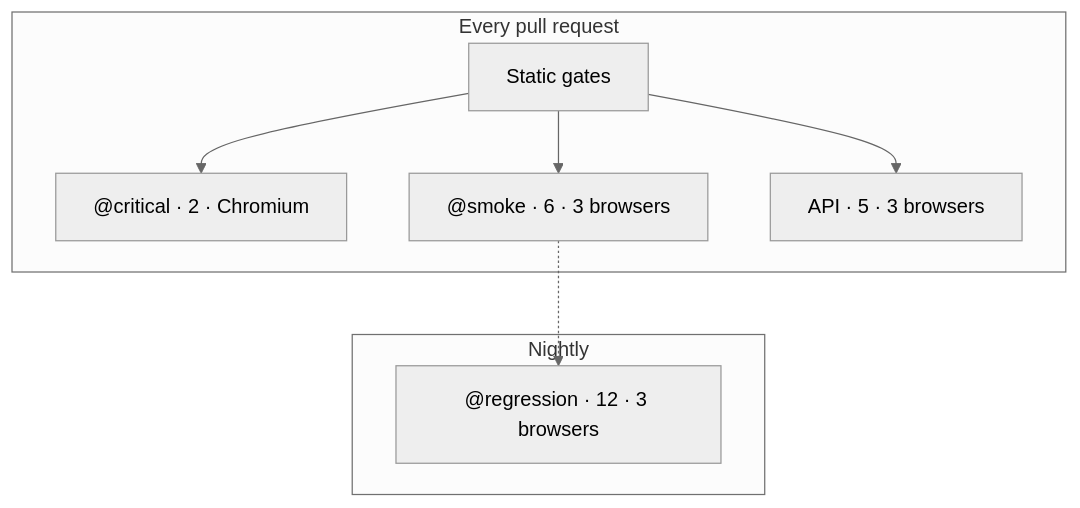
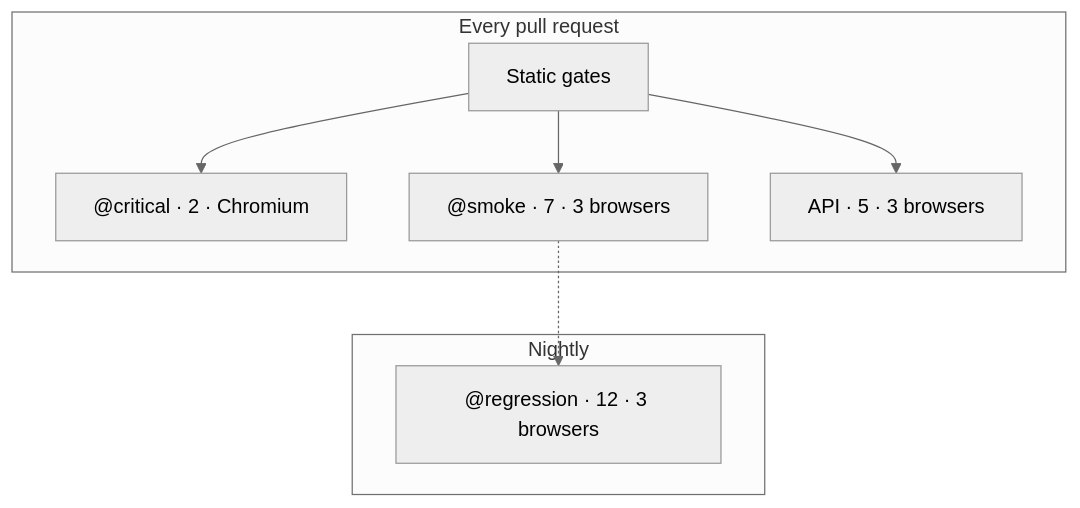
The diagram in README.md (AKogut/playwright-ecommerce-framework), drawn with Mermaid (neutral theme) before and after one commit. The commit also changed other lines of this file and 14 other files, not shown here.

````diff
--- a/README.md
+++ b/README.md
@@ -32,14 +38,14 @@
 ```mermaid
 flowchart TB
     subgraph pr["Every pull request"]
         ST[Static gates]
         CR["@critical · 2 · Chromium"]
-        SM["@smoke · 6 · 3 browsers"]
+        SM["@smoke · 7 · 3 browsers"]
         API["API · 5 · 3 browsers"]
     end
     subgraph night["Nightly"]
         RG["@regression · 12 · 3 browsers"]
     end
     ST --> CR & SM & API
     SM -.-> RG
 ```
````
